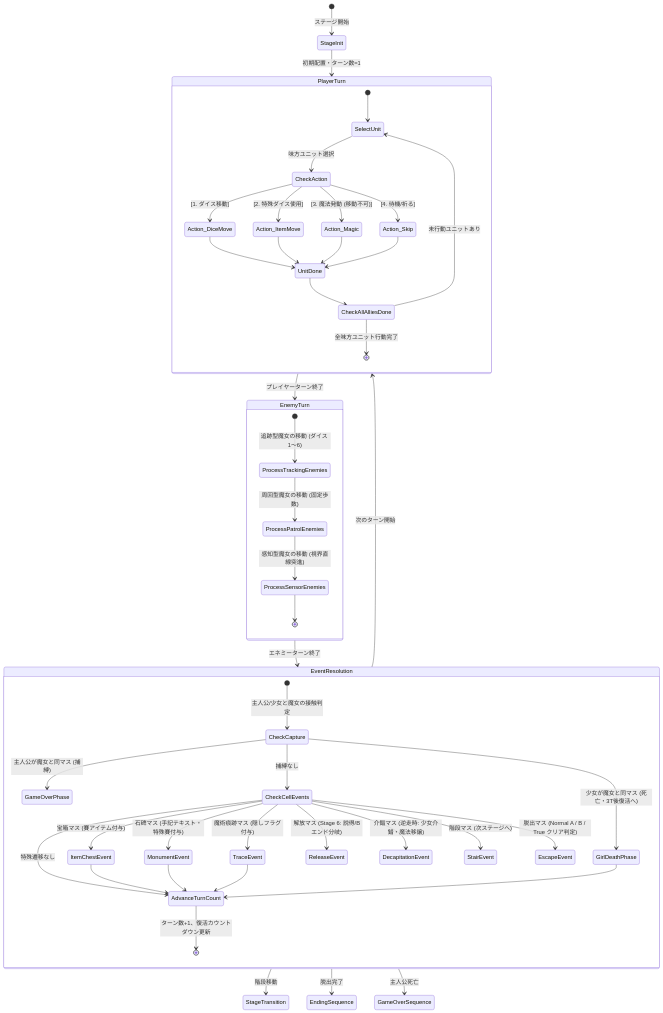
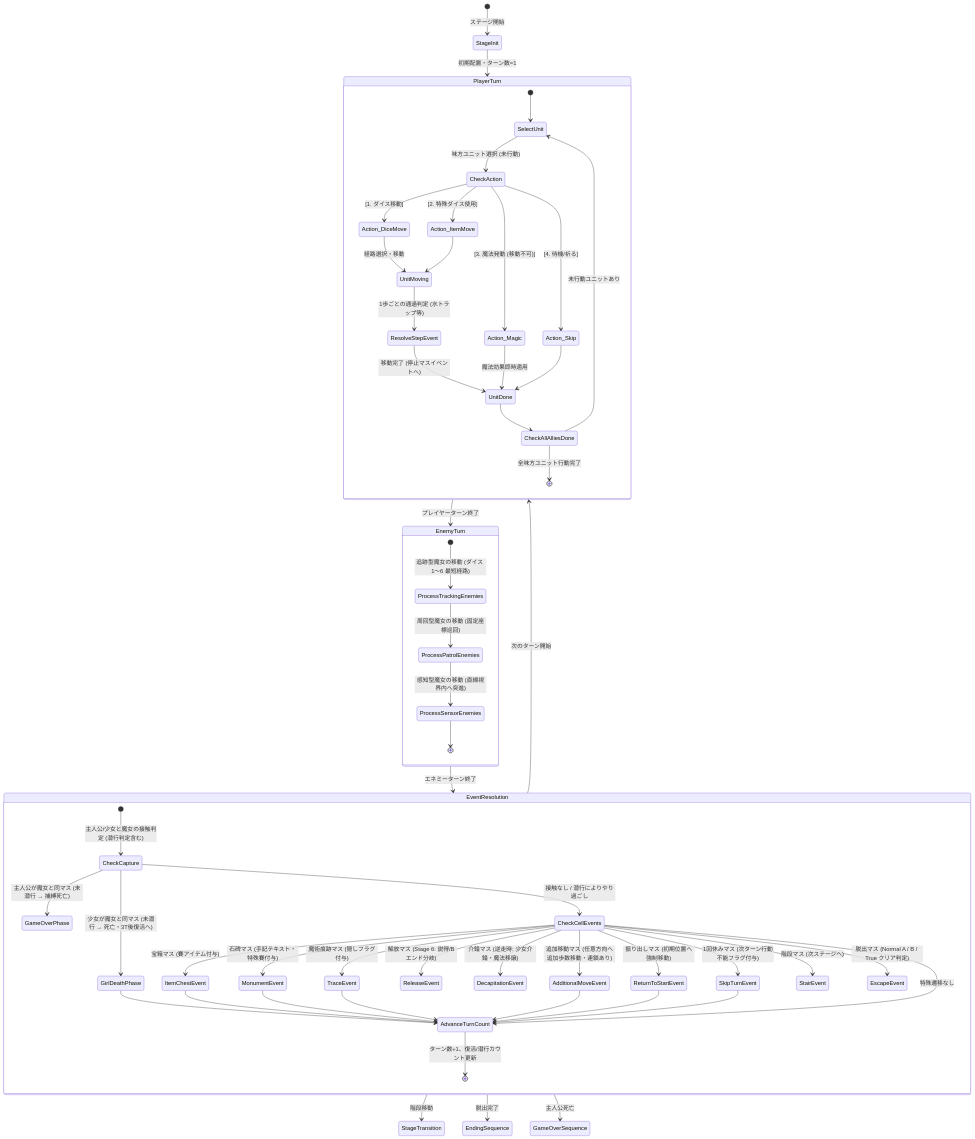
One commit to mkf58/sugoroku_dassyutu changed the diagram in 基本設計/ゲーム進行_および_ターン制御フロー設計書.md. Above: the diagram before and after it, drawn with Mermaid. The commit also changed other lines of this file and 2 other files, not shown here.

````diff
--- a/基本設計/ゲーム進行_および_ターン制御フロー設計書.md
+++ b/基本設計/ゲーム進行_および_ターン制御フロー設計書.md
@@ -11,62 +11,72 @@
 ```mermaid
 stateDiagram-v2
     [*] --> StageInit : ステージ開始
     StageInit --> PlayerTurn : 初期配置・ターン数=1
 
     state PlayerTurn {
         [*] --> SelectUnit
-        SelectUnit --> CheckAction : 味方ユニット選択
+        SelectUnit --> CheckAction : 味方ユニット選択 (未行動)
         CheckAction --> Action_DiceMove : [1. ダイス移動]
         CheckAction --> Action_ItemMove : [2. 特殊ダイス使用]
         CheckAction --> Action_Magic : [3. 魔法発動 (移動不可)]
         CheckAction --> Action_Skip : [4. 待機/祈る]
         
-        Action_DiceMove --> UnitDone
-        Action_ItemMove --> UnitDone
-        Action_Magic --> UnitDone
+        Action_DiceMove --> UnitMoving : 経路選択・移動
+        Action_ItemMove --> UnitMoving
+        
+        UnitMoving --> ResolveStepEvent : 1歩ごとの通過判定 (水トラップ等)
+        ResolveStepEvent --> UnitDone : 移動完了 (停止マスイベントへ)
+        
+        Action_Magic --> UnitDone : 魔法効果即時適用
         Action_Skip --> UnitDone
         
         UnitDone --> CheckAllAlliesDone
         CheckAllAlliesDone --> SelectUnit : 未行動ユニットあり
         CheckAllAlliesDone --> [*] : 全味方ユニット行動完了
     }
 
     PlayerTurn --> EnemyTurn : プレイヤーターン終了
     
     state EnemyTurn {
-        [*] --> ProcessTrackingEnemies : 追跡型魔女の移動 (ダイス 1〜6)
-        ProcessTrackingEnemies --> ProcessPatrolEnemies : 周回型魔女の移動 (固定歩数)
-        ProcessPatrolEnemies --> ProcessSensorEnemies : 感知型魔女の移動 (視界直線突進)
+        [*] --> ProcessTrackingEnemies : 追跡型魔女の移動 (ダイス 1〜6 最短経路)
+        ProcessTrackingEnemies --> ProcessPatrolEnemies : 周回型魔女の移動 (固定座標巡回)
+        ProcessPatrolEnemies --> ProcessSensorEnemies : 感知型魔女の移動 (直線視界内へ突進)
         ProcessSensorEnemies --> [*]
     }
 
     EnemyTurn --> EventResolution : エネミーターン終了
 
     state EventResolution {
-        [*] --> CheckCapture : 主人公/少女と魔女の接触判定
-        CheckCapture --> GameOverPhase : 主人公が魔女と同マス (捕縛)
-        CheckCapture --> GirlDeathPhase : 少女が魔女と同マス (死亡・3T後復活へ)
-        CheckCapture --> CheckCellEvents : 捕縛なし
+        [*] --> CheckCapture : 主人公/少女と魔女の接触判定 (潜行判定含む)
+        CheckCapture --> GameOverPhase : 主人公が魔女と同マス (未潜行 → 捕縛死亡)
+        CheckCapture --> GirlDeathPhase : 少女が魔女と同マス (未潜行 → 死亡・3T後復活へ)
+        CheckCapture --> CheckCellEvents : 接触なし / 潜行によりやり過ごし
 
         CheckCellEvents --> ItemChestEvent : 宝箱マス (賽アイテム付与)
         CheckCellEvents --> MonumentEvent : 石碑マス (手記テキスト・特殊賽付与)
         CheckCellEvents --> TraceEvent : 魔術痕跡マス (隠しフラグ付与)
         CheckCellEvents --> ReleaseEvent : 解放マス (Stage 6: 説得/Bエンド分岐)
         CheckCellEvents --> DecapitationEvent : 介錯マス (逆走時: 少女介錯・魔法移譲)
+        CheckCellEvents --> AdditionalMoveEvent : 追加移動マス (任意方向へ追加歩数移動・連鎖あり)
+        CheckCellEvents --> ReturnToStartEvent : 振り出しマス (初期位置へ強制移動)
+        CheckCellEvents --> SkipTurnEvent : 1回休みマス (次ターン行動不能フラグ付与)
         CheckCellEvents --> StairEvent : 階段マス (次ステージへ)
         CheckCellEvents --> EscapeEvent : 脱出マス (Normal A / B / True クリア判定)
 
         CheckCellEvents --> AdvanceTurnCount : 特殊遷移なし
         ItemChestEvent --> AdvanceTurnCount
         MonumentEvent --> AdvanceTurnCount
         TraceEvent --> AdvanceTurnCount
         GirlDeathPhase --> AdvanceTurnCount
+        AdditionalMoveEvent --> AdvanceTurnCount
+        ReturnToStartEvent --> AdvanceTurnCount
+        SkipTurnEvent --> AdvanceTurnCount
         
-        AdvanceTurnCount --> [*] : ターン数+1、復活カウントダウン更新
+        AdvanceTurnCount --> [*] : ターン数+1、復活/潜行カウント更新
     }
 
     EventResolution --> PlayerTurn : 次のターン開始
     EventResolution --> StageTransition : 階段移動
     EventResolution --> EndingSequence : 脱出完了
     EventResolution --> GameOverSequence : 主人公死亡
 ```
````
